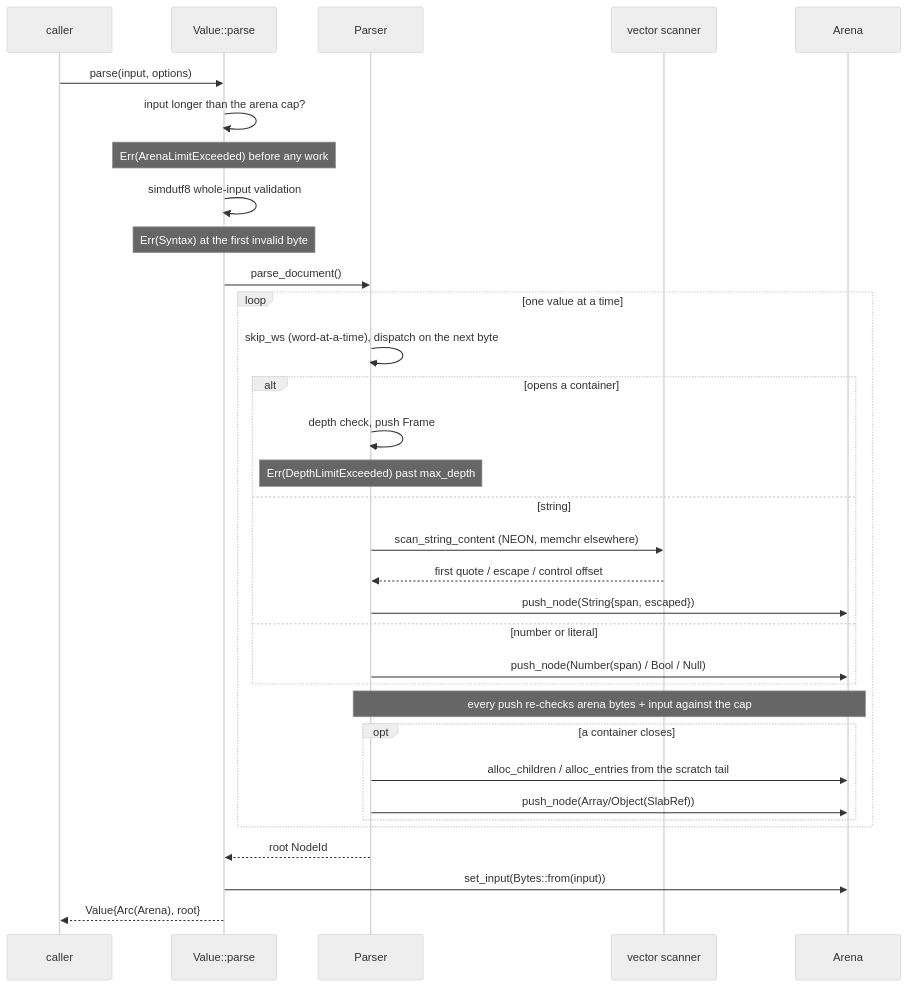
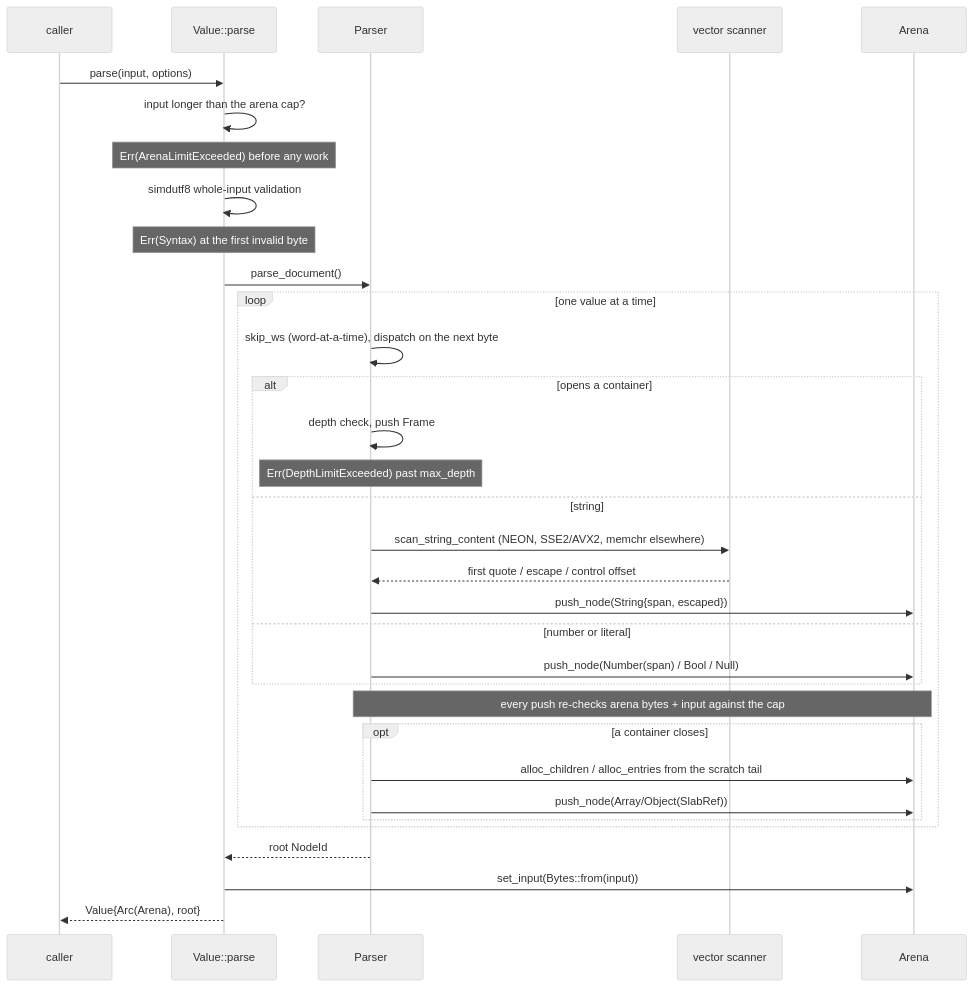
Before and after one commit to apollographql/router: the tenth of 11 diagrams in vendored/apollo-json/DESIGN.md, drawn with Mermaid (neutral theme). The commit also changed other lines of this file and 3 other files, not shown here.

First line of the commit message:
perf(apollo-json): scan strings with SSE2 and AVX2 on x86_64

````diff
--- a/vendored/apollo-json/DESIGN.md
+++ b/vendored/apollo-json/DESIGN.md
@@ -563,35 +563,35 @@
 ```mermaid
 sequenceDiagram
     participant C as caller
     participant D as Value::parse
     participant P as Parser
     participant V as vector scanner
     participant A as Arena
     C->>D: parse(input, options)
     D->>D: input longer than the arena cap?
     Note over D: Err(ArenaLimitExceeded) before any work
     D->>D: simdutf8 whole-input validation
     Note over D: Err(Syntax) at the first invalid byte
     D->>P: parse_document()
     loop one value at a time
         P->>P: skip_ws (word-at-a-time), dispatch on the next byte
         alt opens a container
             P->>P: depth check, push Frame
             Note over P: Err(DepthLimitExceeded) past max_depth
         else string
-            P->>V: scan_string_content (NEON, memchr elsewhere)
+            P->>V: scan_string_content (NEON, SSE2/AVX2, memchr elsewhere)
             V-->>P: first quote / escape / control offset
             P->>A: push_node(String{span, escaped})
         else number or literal
             P->>A: push_node(Number(span) / Bool / Null)
         end
         Note over P,A: every push re-checks arena bytes + input against the cap
         opt a container closes
             P->>A: alloc_children / alloc_entries from the scratch tail
             P->>A: push_node(Array/Object(SlabRef))
         end
     end
     P-->>D: root NodeId
     D->>A: set_input(Bytes::from(input))
     D-->>C: Value{Arc(Arena), root}
 ```
````
